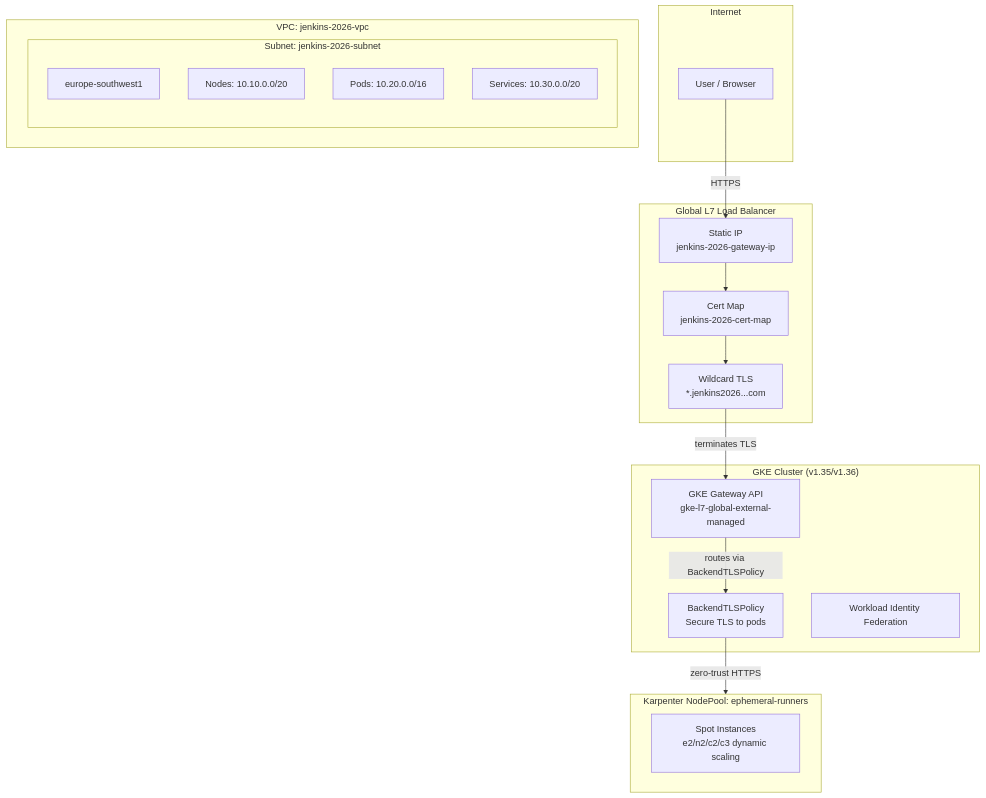
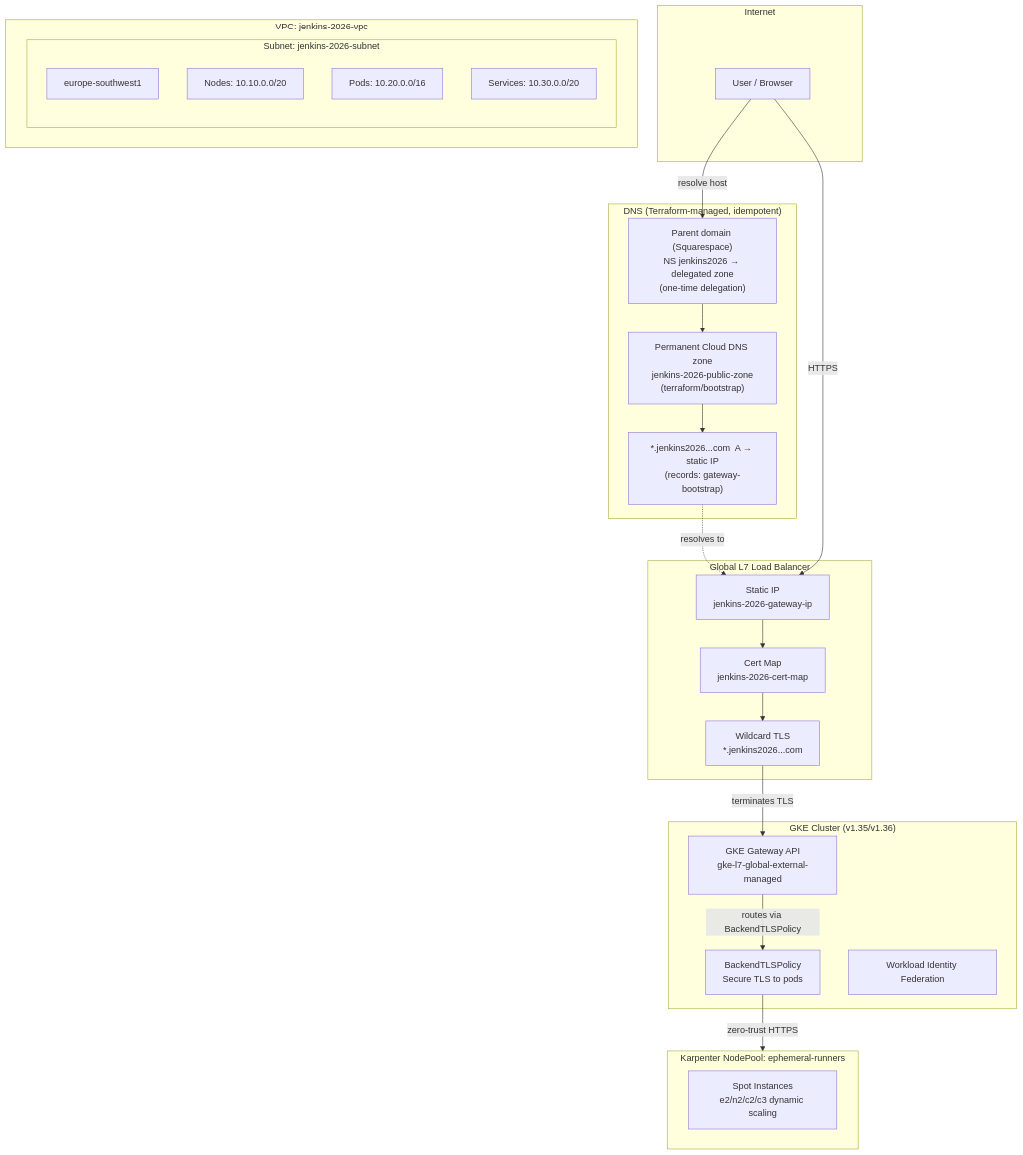
The ninth of 9 diagrams in docs/201-ARCHITECTURE.md (nubenetes/jenkins-2026), drawn with Mermaid before and after one commit. The commit also changed other lines of this file and 2 other files, not shown here.

Commit message:
docs: update mermaid diagrams + stale text for the permanent DNS zone
The DNS-zone-in-bootstrap change wasn't reflected in the diagrams. Add it to the
bootstrap root-of-trust + sequence diagrams (100), the Day0 phase-0 graph (102),
and a DNS-resolution subgraph to the public-access architecture (201). Fix the
stale 102 text that said the static IP is hand-wired into DNS A-records (DNS is
now Terraform-managed; only the one-time NS delegation is manual) and the 201
repo-layout lines. (The eso secrets-flow diagram in 201 was already updated.)

````diff
--- a/docs/201-ARCHITECTURE.md
+++ b/docs/201-ARCHITECTURE.md
@@ -556,38 +556,47 @@
 ```mermaid
 graph TD
     subgraph Internet ["Internet"]
         User["User / Browser"]
+    end
+
+    subgraph DNS ["DNS (Terraform-managed, idempotent)"]
+        ParentNS["Parent domain (Squarespace)<br/>NS jenkins2026 → delegated zone<br/>(one-time delegation)"]
+        Zone["Permanent Cloud DNS zone<br/>jenkins-2026-public-zone<br/>(terraform/bootstrap)"]
+        WildcardA["*.jenkins2026...com  A → static IP<br/>(records: gateway-bootstrap)"]
+        ParentNS --> Zone --> WildcardA
     end
 
     subgraph GlobalLB ["Global L7 Load Balancer"]
         StaticIP["Static IP<br>jenkins-2026-gateway-ip"]
         CertMap["Cert Map<br>jenkins-2026-cert-map"]
         WildcardTLS["Wildcard TLS<br>*.jenkins2026...com"]
     end
 
     subgraph VPC ["VPC: jenkins-2026-vpc"]
         subgraph Subnet ["Subnet: jenkins-2026-subnet"]
             SubnetInfo["europe-southwest1"]
             NodeRange["Nodes: 10.10.0.0/20"]
             PodRange["Pods: 10.20.0.0/16"]
             SvcRange["Services: 10.30.0.0/20"]
         end
     end
 
     subgraph Cluster ["GKE Cluster (v1.35/v1.36)"]
         GatewayAPI["GKE Gateway API<br/>gke-l7-global-external-managed"]
         BackendTLS["BackendTLSPolicy<br/>Secure TLS to pods"]
         WI["Workload Identity Federation"]
     end
 
     subgraph KarpenterPool ["Karpenter NodePool: ephemeral-runners"]
         PoolInfo["Spot Instances<br/>e2/n2/c2/c3 dynamic scaling"]
     end
 
+    User -->|"resolve host"| ParentNS
+    WildcardA -.->|"resolves to"| StaticIP
     User -->|"HTTPS"| StaticIP
     StaticIP --> CertMap
     CertMap --> WildcardTLS
     WildcardTLS -->|"terminates TLS"| GatewayAPI
     GatewayAPI -->|"routes via BackendTLSPolicy"| BackendTLS
     BackendTLS -->|"zero-trust HTTPS"| KarpenterPool
 ```
````
